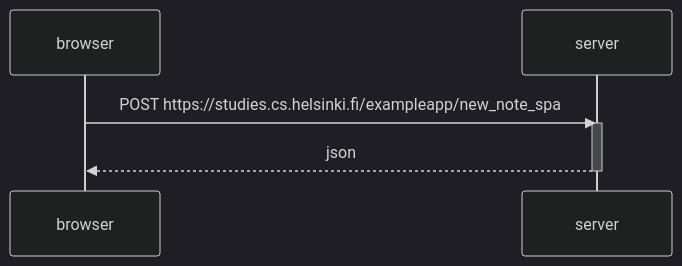
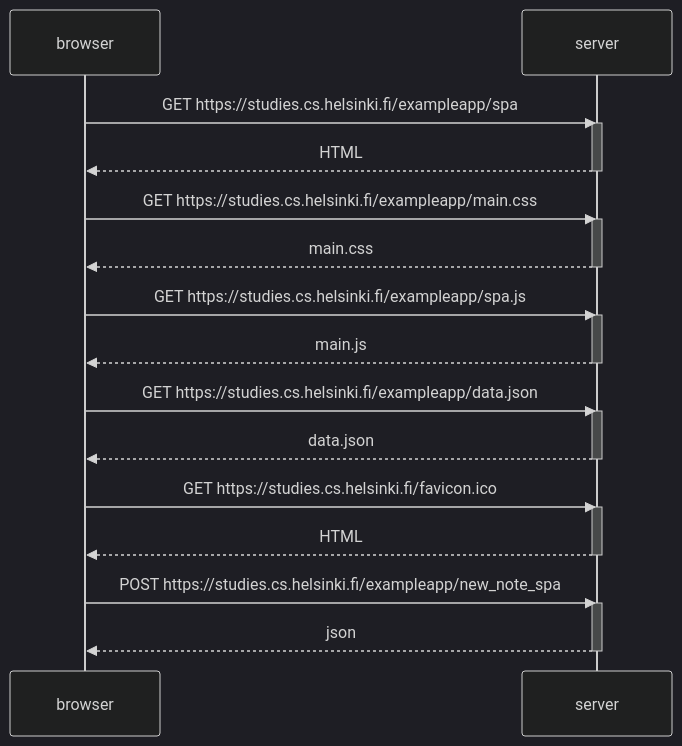
One commit to joekbullard/helsinki-mooc changed the diagram in part0/0.6.md. Above: the diagram before and after it, drawn with Mermaid (dark theme).

````diff
--- a/part0/0.6.md
+++ b/part0/0.6.md
@@ -1,11 +1,36 @@
 ```mermaid
 sequenceDiagram
     participant browser
     participant server
+    
+    browser->>server: GET https://studies.cs.helsinki.fi/exampleapp/spa
+    activate server
+    server-->>browser: HTML
+    deactivate server
+    
+    browser->>server: GET https://studies.cs.helsinki.fi/exampleapp/main.css
+    activate server
+    server-->>browser: main.css
+    deactivate server
+
+    browser->>server: GET https://studies.cs.helsinki.fi/exampleapp/spa.js
+    activate server
+    server-->>browser: main.js
+    deactivate server
+    
+    browser->>server: GET https://studies.cs.helsinki.fi/exampleapp/data.json
+    activate server
+    server-->>browser: data.json
+    deactivate server
+    
+    browser->>server: GET https://studies.cs.helsinki.fi/favicon.ico
+    activate server
+    server-->>browser: HTML
+    deactivate server
     
     browser->>server: POST https://studies.cs.helsinki.fi/exampleapp/new_note_spa
     activate server
     server-->>browser: json
     deactivate server
 
 ```    
````
